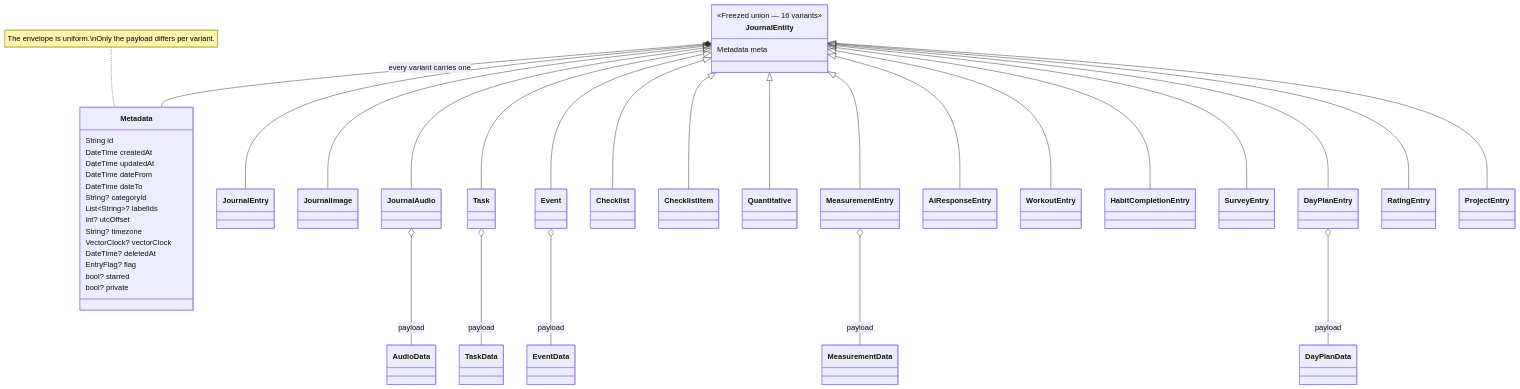
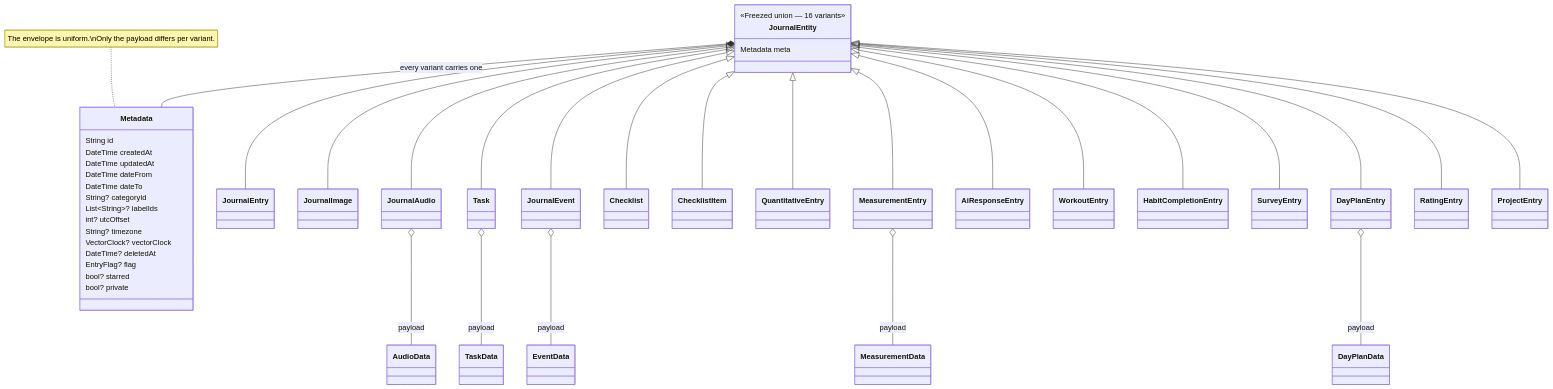
One commit to matthiasn/lotti changed the diagram in knowledge/domain/journal-entity.md. Above: the diagram before and after it, drawn with Mermaid. The commit also changed 25 other files, not shown here.

````diff
--- a/knowledge/domain/journal-entity.md
+++ b/knowledge/domain/journal-entity.md
@@ -35,49 +35,49 @@
 ```mermaid
 classDiagram
   class JournalEntity {
     <<Freezed union — 16 variants>>
     Metadata meta
   }
   class Metadata {
     String id
     DateTime createdAt
     DateTime updatedAt
     DateTime dateFrom
     DateTime dateTo
     String? categoryId
     List~String~? labelIds
     int? utcOffset
     String? timezone
     VectorClock? vectorClock
     DateTime? deletedAt
     EntryFlag? flag
     bool? starred
     bool? private
   }
   JournalEntity *-- Metadata : every variant carries one
 
   JournalEntity <|-- JournalEntry
   JournalEntity <|-- JournalImage
   JournalEntity <|-- JournalAudio
   JournalEntity <|-- Task
-  JournalEntity <|-- Event
+  JournalEntity <|-- JournalEvent
   JournalEntity <|-- Checklist
   JournalEntity <|-- ChecklistItem
-  JournalEntity <|-- Quantitative
+  JournalEntity <|-- QuantitativeEntry
   JournalEntity <|-- MeasurementEntry
   JournalEntity <|-- AiResponseEntry
   JournalEntity <|-- WorkoutEntry
   JournalEntity <|-- HabitCompletionEntry
   JournalEntity <|-- SurveyEntry
   JournalEntity <|-- DayPlanEntry
   JournalEntity <|-- RatingEntry
   JournalEntity <|-- ProjectEntry
 
   Task o-- TaskData : payload
-  Event o-- EventData : payload
+  JournalEvent o-- EventData : payload
   JournalAudio o-- AudioData : payload
   MeasurementEntry o-- MeasurementData : payload
   DayPlanEntry o-- DayPlanData : payload
 
   note for Metadata "The envelope is uniform.\nOnly the payload differs per variant."
 ```
````
